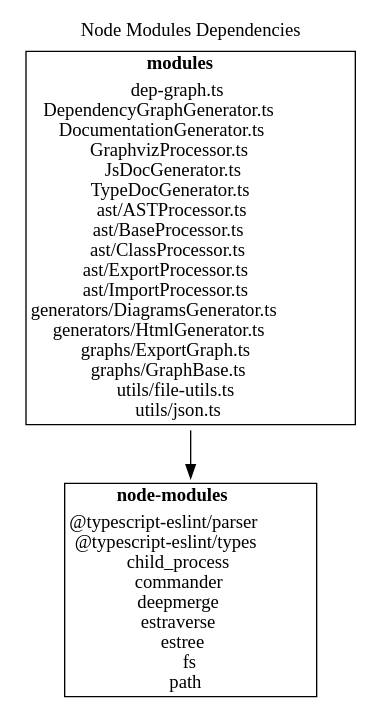
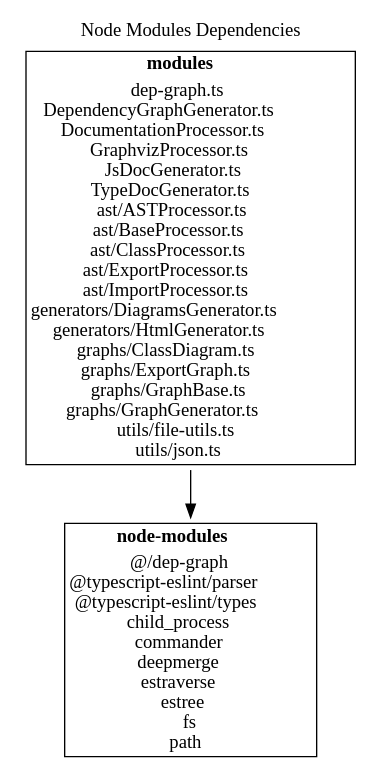
Before and after one commit to fleebe/GitHubPages: the diagram in dep-graph-ts/NodeModules.dot, drawn with Graphviz. The commit also changed 110 other files, not shown here.

Commit message:
Update docs for dep-graph-ts from fleebe/dep-graph-ts workflow

```diff
--- a/dep-graph-ts/NodeModules.dot
+++ b/dep-graph-ts/NodeModules.dot
@@ -1,40 +1,43 @@
 digraph {label="Node Modules Dependencies";
 labelloc="t";
 "node-modules" [shape=none, label=<<TABLE cellspacing="0" cellborder="0" align="left">
 <TR><TD><B>node-modules</B></TD></TR>
 <TR><TD align="left">
+@/dep-graph<BR/>
 @typescript-eslint/parser<BR/>
 @typescript-eslint/types<BR/>
 child_process<BR/>
 commander<BR/>
 deepmerge<BR/>
 estraverse<BR/>
 estree<BR/>
 fs<BR/>
 path<BR/>
 </TD></TR>
 </TABLE>>];
 "modules" [shape=none, label=<<TABLE cellspacing="0" cellborder="0" align="left">
 <TR><TD><B>modules</B></TD></TR>
 <TR><TD align="left">
 dep-graph.ts<BR/>
 DependencyGraphGenerator.ts<BR/>
-DocumentationGenerator.ts<BR/>
+DocumentationProcessor.ts<BR/>
 GraphvizProcessor.ts<BR/>
 JsDocGenerator.ts<BR/>
 TypeDocGenerator.ts<BR/>
 ast/ASTProcessor.ts<BR/>
 ast/BaseProcessor.ts<BR/>
 ast/ClassProcessor.ts<BR/>
 ast/ExportProcessor.ts<BR/>
 ast/ImportProcessor.ts<BR/>
 generators/DiagramsGenerator.ts<BR/>
 generators/HtmlGenerator.ts<BR/>
+graphs/ClassDiagram.ts<BR/>
 graphs/ExportGraph.ts<BR/>
 graphs/GraphBase.ts<BR/>
+graphs/GraphGenerator.ts<BR/>
 utils/file-utils.ts<BR/>
 utils/json.ts<BR/>
 </TD></TR>
 </TABLE>>];
 "modules"->"node-modules";
 }
```
